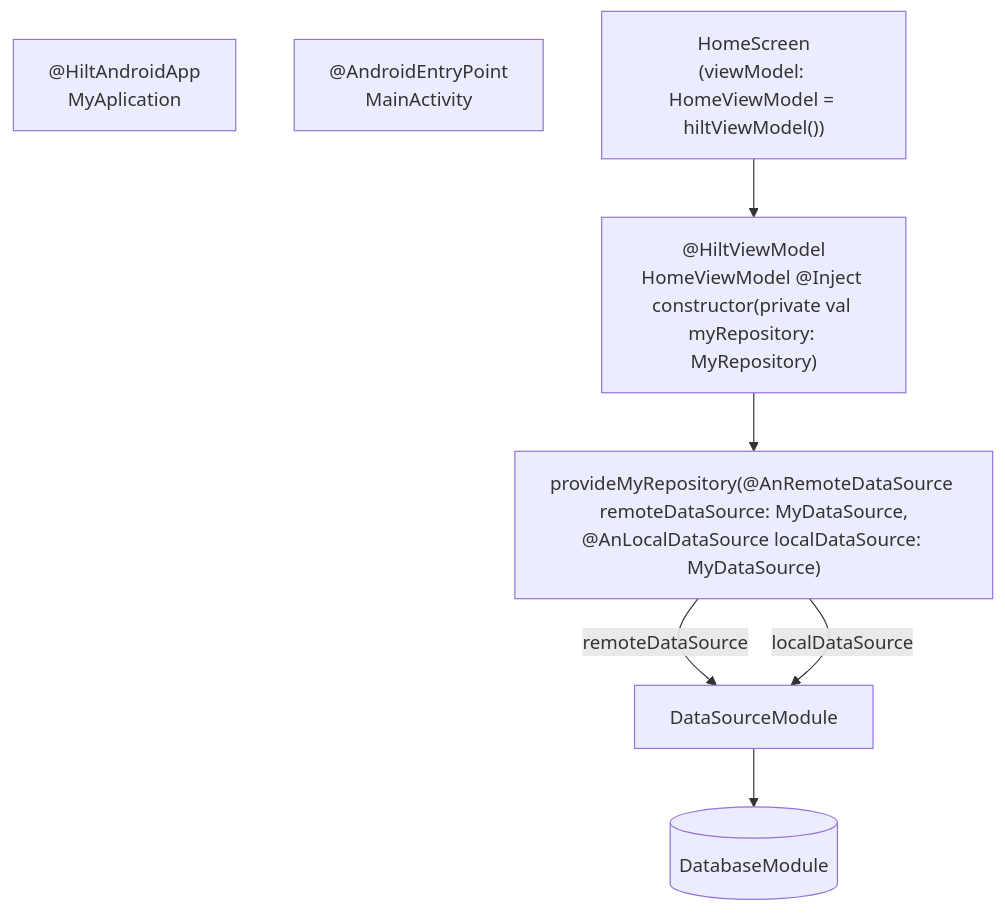
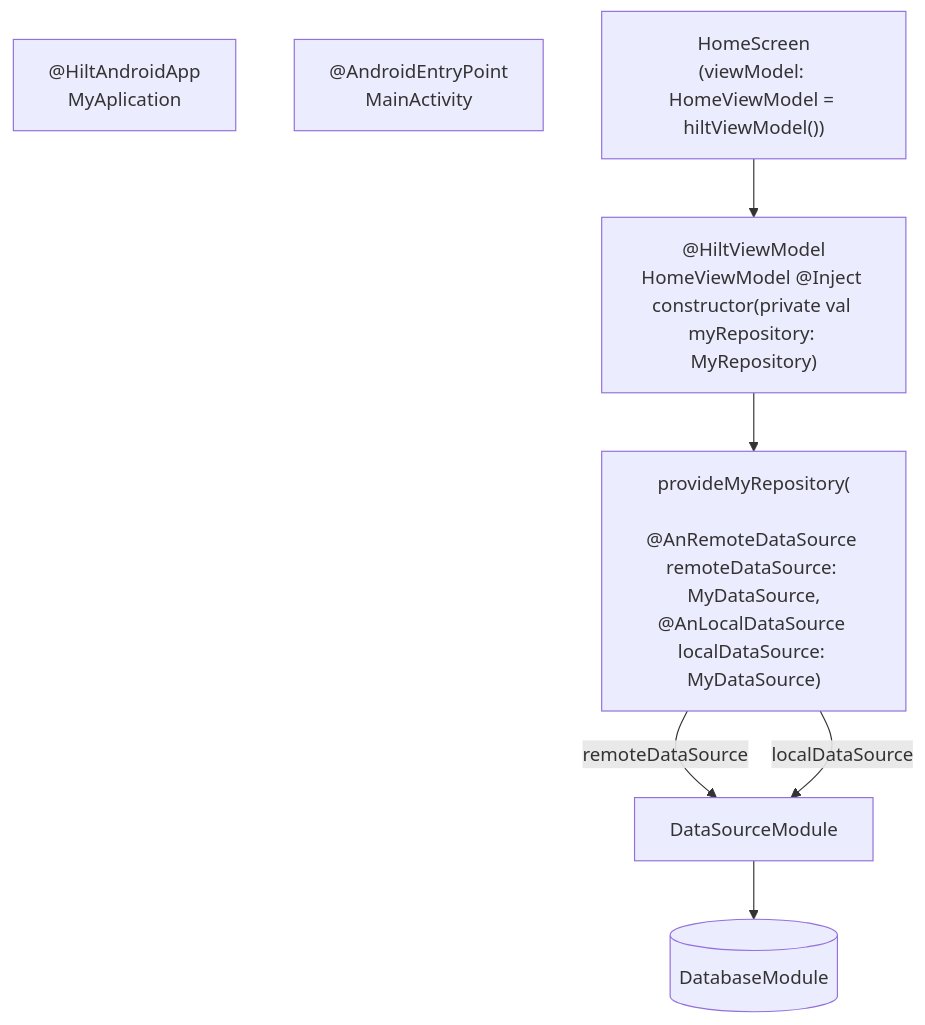
The diagram in Android/DI/Hilt/HiltComposeExample.md (Ango1eiro/MySnippets), drawn with Mermaid before and after one commit.

````diff
--- a/Android/DI/Hilt/HiltComposeExample.md
+++ b/Android/DI/Hilt/HiltComposeExample.md
@@ -3,14 +3,15 @@
 ```mermaid
 
 
 
 graph TD;
     MyApplication["@HiltAndroidApp<br>MyAplication"];
     MainActivity["@AndroidEntryPoint<br>MainActivity"];
     HomeScreen["HomeScreen<br>(viewModel: HomeViewModel = hiltViewModel())"]-->HomeViewModel;
     HomeViewModel["@HiltViewModel<br>HomeViewModel @Inject constructor(private val myRepository: MyRepository)"]-->RepositoryModule;
-    RepositoryModule["provideMyRepository(@AnRemoteDataSource remoteDataSource: MyDataSource,<br>@AnLocalDataSource localDataSource: MyDataSource)"]--remoteDataSource-->DataSourceModule;
+    RepositoryModule["provideMyRepository(
+    @AnRemoteDataSource remoteDataSource: MyDataSource,<br>@AnLocalDataSource localDataSource: MyDataSource)"]--remoteDataSource-->DataSourceModule;
     RepositoryModule--localDataSource-->DataSourceModule;
     DataSourceModule-->DatabaseModule[(DatabaseModule)];
 
 ```
````
